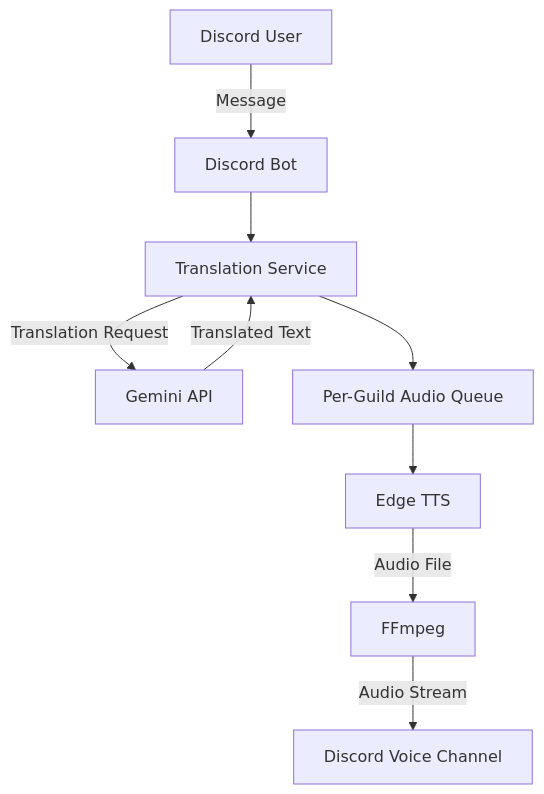
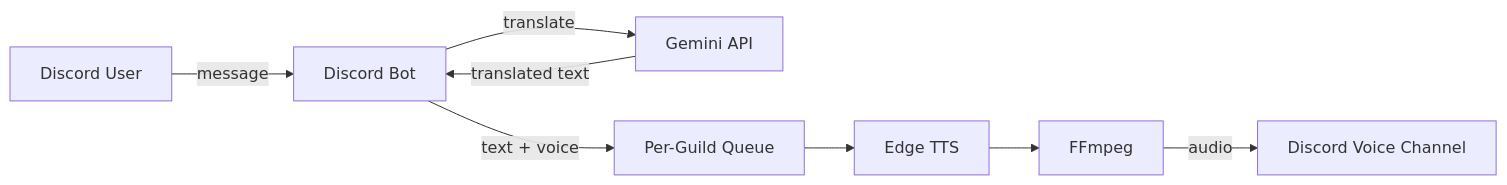
The diagram in README.md (segawa74/discord-translation-bot), drawn with Mermaid before and after one commit. The commit also changed other lines of this file, not shown here.

````diff
--- a/README.md
+++ b/README.md
@@ -9,11 +17,10 @@
 ```mermaid
-flowchart TD
-    User["Discord User"] -->|Message| Bot["Discord Bot"]
-    Bot --> Translator["Translation Service"]
-    Translator -->|Translation Request| Gemini["Gemini API"]
-    Gemini -->|Translated Text| Translator
-    Translator --> Queue["Per-Guild Audio Queue"]
-    Queue --> TTS["Edge TTS"]
-    TTS -->|Audio File| FFmpeg["FFmpeg"]
-    FFmpeg -->|Audio Stream| Voice["Discord Voice Channel"]
+flowchart LR
+    U[Discord User] -->|message| B[Discord Bot]
+    B -->|translate| G[Gemini API]
+    G -->|translated text| B
+    B -->|text + voice| Q[Per-Guild Queue]
+    Q --> T[Edge TTS]
+    T --> F[FFmpeg]
+    F -->|audio| V[Discord Voice Channel]
 ```
````
